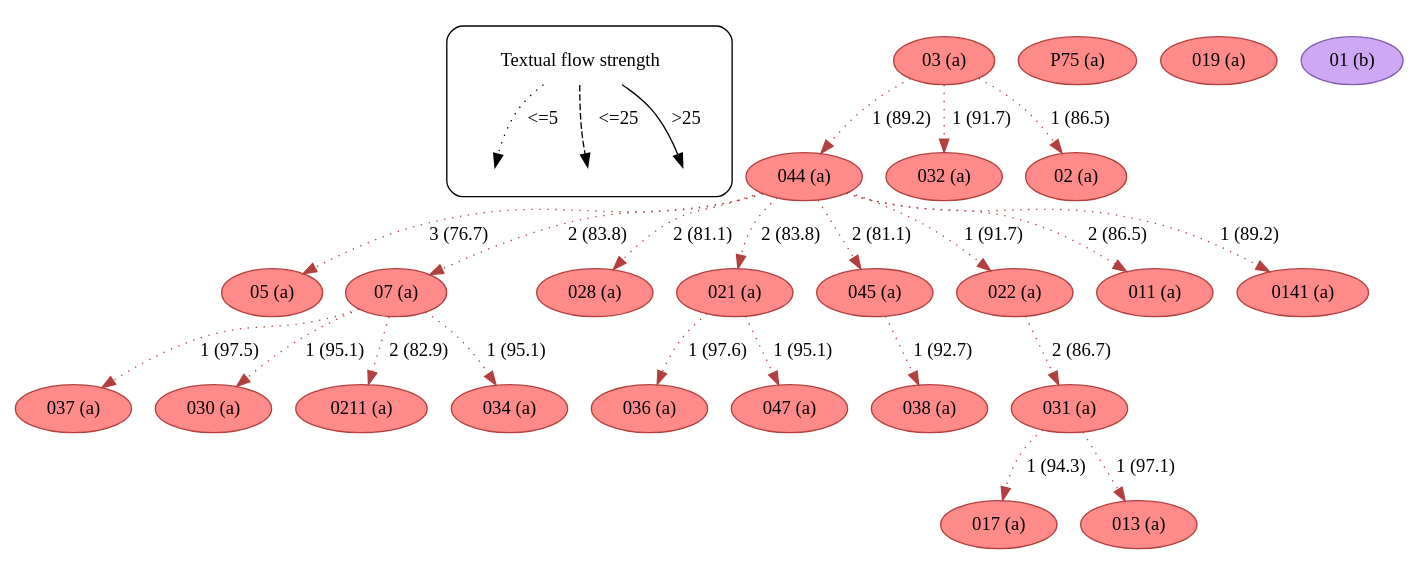
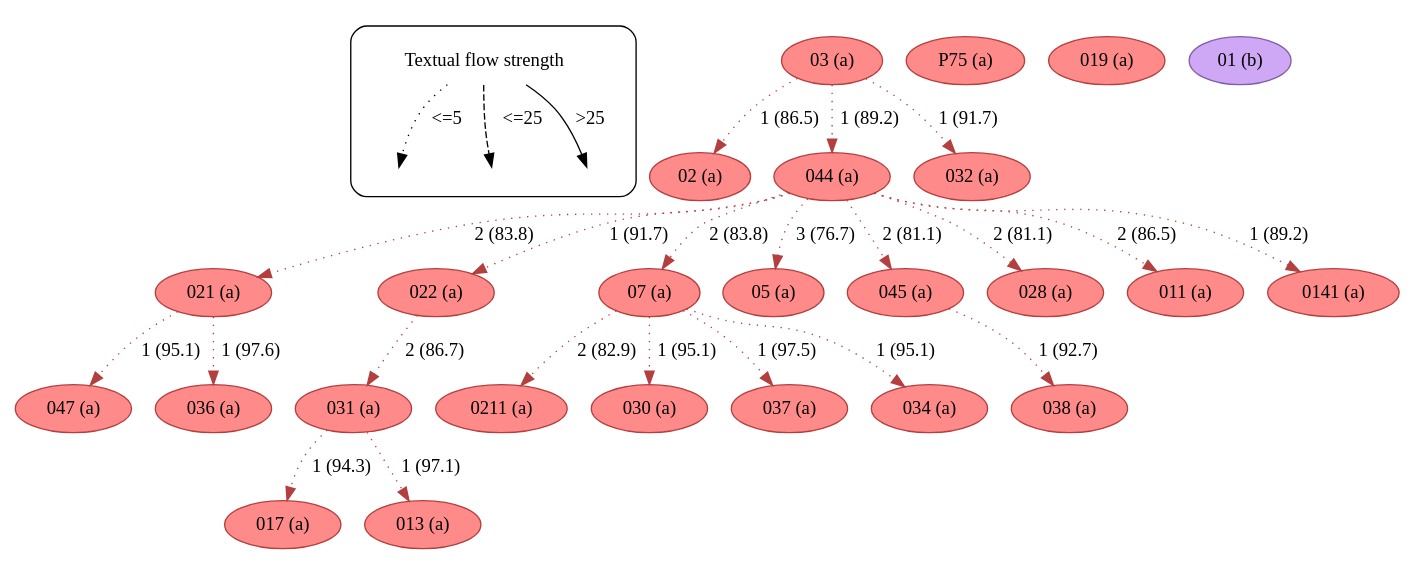
One commit to edmondac/CBGM changed the diagram in example/c499/textual_flow_24_28_c499.dot. Above: the diagram before and after it, drawn with Graphviz. The commit also changed other lines of this file and 164 other files, not shown here.

```diff
--- a/example/c499/textual_flow_24_28_c499.dot
+++ b/example/c499/textual_flow_24_28_c499.dot
@@ -1,189 +1,189 @@
 strict digraph  {
 	node [label="\N"];
 	subgraph cluster_legend {
 		graph [style=rounded];
 		leg_s		 [label="Textual flow strength",
 			shape=plaintext];
 		leg_e1		 [fixedsize=True,
 			height=0.2,
 			label="",
 			style=invis];
 		leg_s -> leg_e1		 [label="<=5  ",
 			style=dotted];
 		leg_e2		 [fixedsize=True,
 			height=0.2,
 			label="",
 			style=invis];
 		leg_s -> leg_e2		 [label="  <=25",
 			style=dashed];
 		leg_e3		 [fixedsize=True,
 			height=0.2,
 			label="",
 			style=invis];
 		leg_s -> leg_e3		 [label=">25",
 			style=solid];
 	}
+	03	 [color="#b43f3f",
+		fillcolor="#FF8A8A",
+		label="03 (a)",
+		style=filled];
+	02	 [color="#b43f3f",
+		fillcolor="#FF8A8A",
+		label="02 (a)",
+		style=filled];
+	03 -> 02	 [color="#b43f3f",
+		label="1 (86.5)",
+		style=dotted];
 	044	 [color="#b43f3f",
 		fillcolor="#FF8A8A",
 		label="044 (a)",
 		style=filled];
-	05	 [color="#b43f3f",
+	03 -> 044	 [color="#b43f3f",
+		label="1 (89.2)",
+		style=dotted];
+	032	 [color="#b43f3f",
 		fillcolor="#FF8A8A",
-		label="05 (a)",
+		label="032 (a)",
 		style=filled];
-	044 -> 05	 [color="#b43f3f",
-		label="3 (76.7)",
+	03 -> 032	 [color="#b43f3f",
+		label="1 (91.7)",
+		style=dotted];
+	021	 [color="#b43f3f",
+		fillcolor="#FF8A8A",
+		label="021 (a)",
+		style=filled];
+	047	 [color="#b43f3f",
+		fillcolor="#FF8A8A",
+		label="047 (a)",
+		style=filled];
+	021 -> 047	 [color="#b43f3f",
+		label="1 (95.1)",
+		style=dotted];
+	036	 [color="#b43f3f",
+		fillcolor="#FF8A8A",
+		label="036 (a)",
+		style=filled];
+	021 -> 036	 [color="#b43f3f",
+		label="1 (97.6)",
+		style=dotted];
+	022	 [color="#b43f3f",
+		fillcolor="#FF8A8A",
+		label="022 (a)",
+		style=filled];
+	031	 [color="#b43f3f",
+		fillcolor="#FF8A8A",
+		label="031 (a)",
+		style=filled];
+	022 -> 031	 [color="#b43f3f",
+		label="2 (86.7)",
+		style=dotted];
+	017	 [color="#b43f3f",
+		fillcolor="#FF8A8A",
+		label="017 (a)",
+		style=filled];
+	031 -> 017	 [color="#b43f3f",
+		label="1 (94.3)",
+		style=dotted];
+	013	 [color="#b43f3f",
+		fillcolor="#FF8A8A",
+		label="013 (a)",
+		style=filled];
+	031 -> 013	 [color="#b43f3f",
+		label="1 (97.1)",
+		style=dotted];
+	044 -> 021	 [color="#b43f3f",
+		label="2 (83.8)",
+		style=dotted];
+	044 -> 022	 [color="#b43f3f",
+		label="1 (91.7)",
 		style=dotted];
 	07	 [color="#b43f3f",
 		fillcolor="#FF8A8A",
 		label="07 (a)",
 		style=filled];
 	044 -> 07	 [color="#b43f3f",
 		label="2 (83.8)",
 		style=dotted];
-	028	 [color="#b43f3f",
+	05	 [color="#b43f3f",
 		fillcolor="#FF8A8A",
-		label="028 (a)",
+		label="05 (a)",
 		style=filled];
-	044 -> 028	 [color="#b43f3f",
-		label="2 (81.1)",
-		style=dotted];
-	021	 [color="#b43f3f",
-		fillcolor="#FF8A8A",
-		label="021 (a)",
-		style=filled];
-	044 -> 021	 [color="#b43f3f",
-		label="2 (83.8)",
+	044 -> 05	 [color="#b43f3f",
+		label="3 (76.7)",
 		style=dotted];
 	045	 [color="#b43f3f",
 		fillcolor="#FF8A8A",
 		label="045 (a)",
 		style=filled];
 	044 -> 045	 [color="#b43f3f",
 		label="2 (81.1)",
 		style=dotted];
-	022	 [color="#b43f3f",
+	028	 [color="#b43f3f",
 		fillcolor="#FF8A8A",
-		label="022 (a)",
+		label="028 (a)",
 		style=filled];
-	044 -> 022	 [color="#b43f3f",
-		label="1 (91.7)",
+	044 -> 028	 [color="#b43f3f",
+		label="2 (81.1)",
 		style=dotted];
 	011	 [color="#b43f3f",
 		fillcolor="#FF8A8A",
 		label="011 (a)",
 		style=filled];
 	044 -> 011	 [color="#b43f3f",
 		label="2 (86.5)",
 		style=dotted];
 	0141	 [color="#b43f3f",
 		fillcolor="#FF8A8A",
 		label="0141 (a)",
 		style=filled];
 	044 -> 0141	 [color="#b43f3f",
 		label="1 (89.2)",
 		style=dotted];
-	037	 [color="#b43f3f",
+	0211	 [color="#b43f3f",
 		fillcolor="#FF8A8A",
-		label="037 (a)",
+		label="0211 (a)",
 		style=filled];
-	07 -> 037	 [color="#b43f3f",
-		label="1 (97.5)",
+	07 -> 0211	 [color="#b43f3f",
+		label="2 (82.9)",
 		style=dotted];
 	030	 [color="#b43f3f",
 		fillcolor="#FF8A8A",
 		label="030 (a)",
 		style=filled];
 	07 -> 030	 [color="#b43f3f",
 		label="1 (95.1)",
 		style=dotted];
-	0211	 [color="#b43f3f",
+	037	 [color="#b43f3f",
 		fillcolor="#FF8A8A",
-		label="0211 (a)",
+		label="037 (a)",
 		style=filled];
-	07 -> 0211	 [color="#b43f3f",
-		label="2 (82.9)",
+	07 -> 037	 [color="#b43f3f",
+		label="1 (97.5)",
 		style=dotted];
 	034	 [color="#b43f3f",
 		fillcolor="#FF8A8A",
 		label="034 (a)",
 		style=filled];
 	07 -> 034	 [color="#b43f3f",
 		label="1 (95.1)",
 		style=dotted];
-	036	 [color="#b43f3f",
-		fillcolor="#FF8A8A",
-		label="036 (a)",
-		style=filled];
-	021 -> 036	 [color="#b43f3f",
-		label="1 (97.6)",
-		style=dotted];
-	047	 [color="#b43f3f",
-		fillcolor="#FF8A8A",
-		label="047 (a)",
-		style=filled];
-	021 -> 047	 [color="#b43f3f",
-		label="1 (95.1)",
-		style=dotted];
-	03	 [color="#b43f3f",
-		fillcolor="#FF8A8A",
-		label="03 (a)",
-		style=filled];
-	03 -> 044	 [color="#b43f3f",
-		label="1 (89.2)",
-		style=dotted];
-	032	 [color="#b43f3f",
-		fillcolor="#FF8A8A",
-		label="032 (a)",
-		style=filled];
-	03 -> 032	 [color="#b43f3f",
-		label="1 (91.7)",
-		style=dotted];
-	02	 [color="#b43f3f",
-		fillcolor="#FF8A8A",
-		label="02 (a)",
-		style=filled];
-	03 -> 02	 [color="#b43f3f",
-		label="1 (86.5)",
-		style=dotted];
 	038	 [color="#b43f3f",
 		fillcolor="#FF8A8A",
 		label="038 (a)",
 		style=filled];
 	045 -> 038	 [color="#b43f3f",
 		label="1 (92.7)",
-		style=dotted];
-	031	 [color="#b43f3f",
-		fillcolor="#FF8A8A",
-		label="031 (a)",
-		style=filled];
-	017	 [color="#b43f3f",
-		fillcolor="#FF8A8A",
-		label="017 (a)",
-		style=filled];
-	031 -> 017	 [color="#b43f3f",
-		label="1 (94.3)",
-		style=dotted];
-	013	 [color="#b43f3f",
-		fillcolor="#FF8A8A",
-		label="013 (a)",
-		style=filled];
-	031 -> 013	 [color="#b43f3f",
-		label="1 (97.1)",
-		style=dotted];
-	022 -> 031	 [color="#b43f3f",
-		label="2 (86.7)",
 		style=dotted];
 	P75	 [color="#b43f3f",
 		fillcolor="#FF8A8A",
 		label="P75 (a)",
 		style=filled];
 	019	 [color="#b43f3f",
 		fillcolor="#FF8A8A",
 		label="019 (a)",
 		style=filled];
 	01	 [color="#835da9",
 		fillcolor="#CEA8F4",
 		label="01 (b)",
 		style=filled];
 }
```
